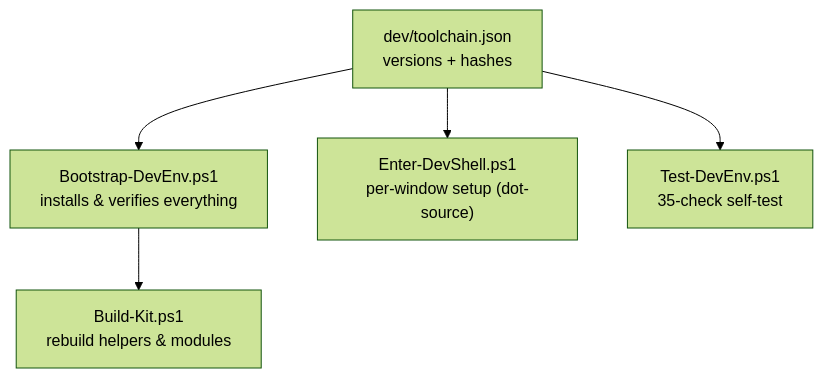
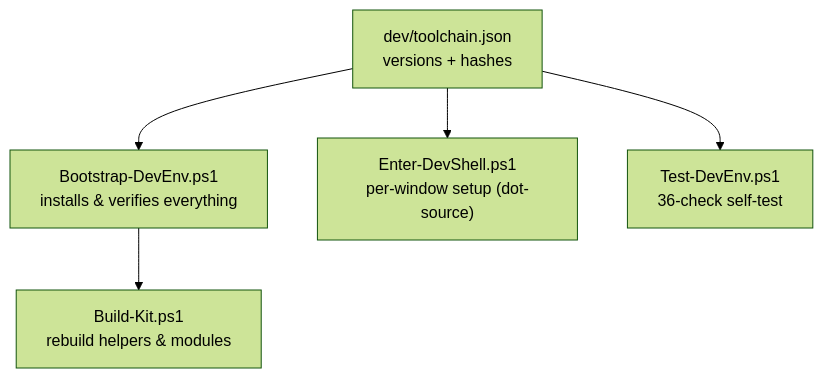
The diagram in docs/reference/environment.md (jim-wyatt/MotoRoot), drawn with Mermaid (forest theme) before and after one commit. The commit also changed other lines of this file and 16 other files, not shown here.

````diff
--- a/docs/reference/environment.md
+++ b/docs/reference/environment.md
@@ -7,8 +7,8 @@
 ```mermaid
 flowchart TB
     T["dev/toolchain.json<br/>versions + hashes"]
     T --> B["Bootstrap-DevEnv.ps1<br/>installs & verifies everything"]
     T --> E["Enter-DevShell.ps1<br/>per-window setup (dot-source)"]
-    T --> TEST["Test-DevEnv.ps1<br/>35-check self-test"]
+    T --> TEST["Test-DevEnv.ps1<br/>36-check self-test"]
     B --> BK["Build-Kit.ps1<br/>rebuild helpers & modules"]
 ```
````
